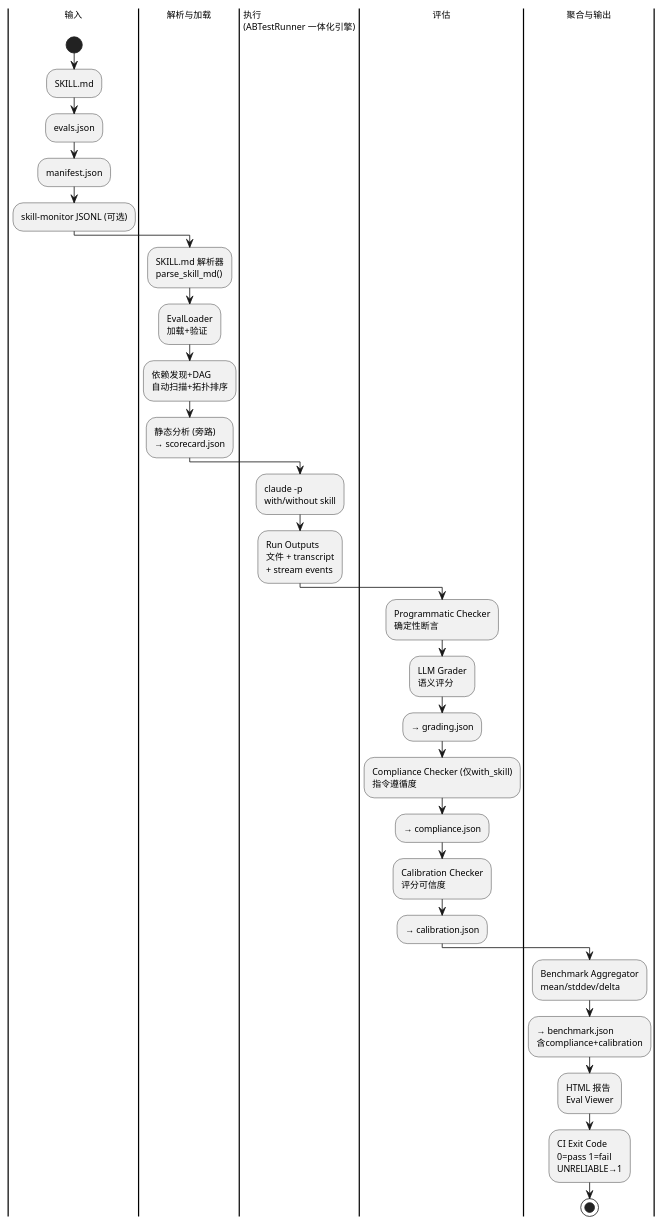
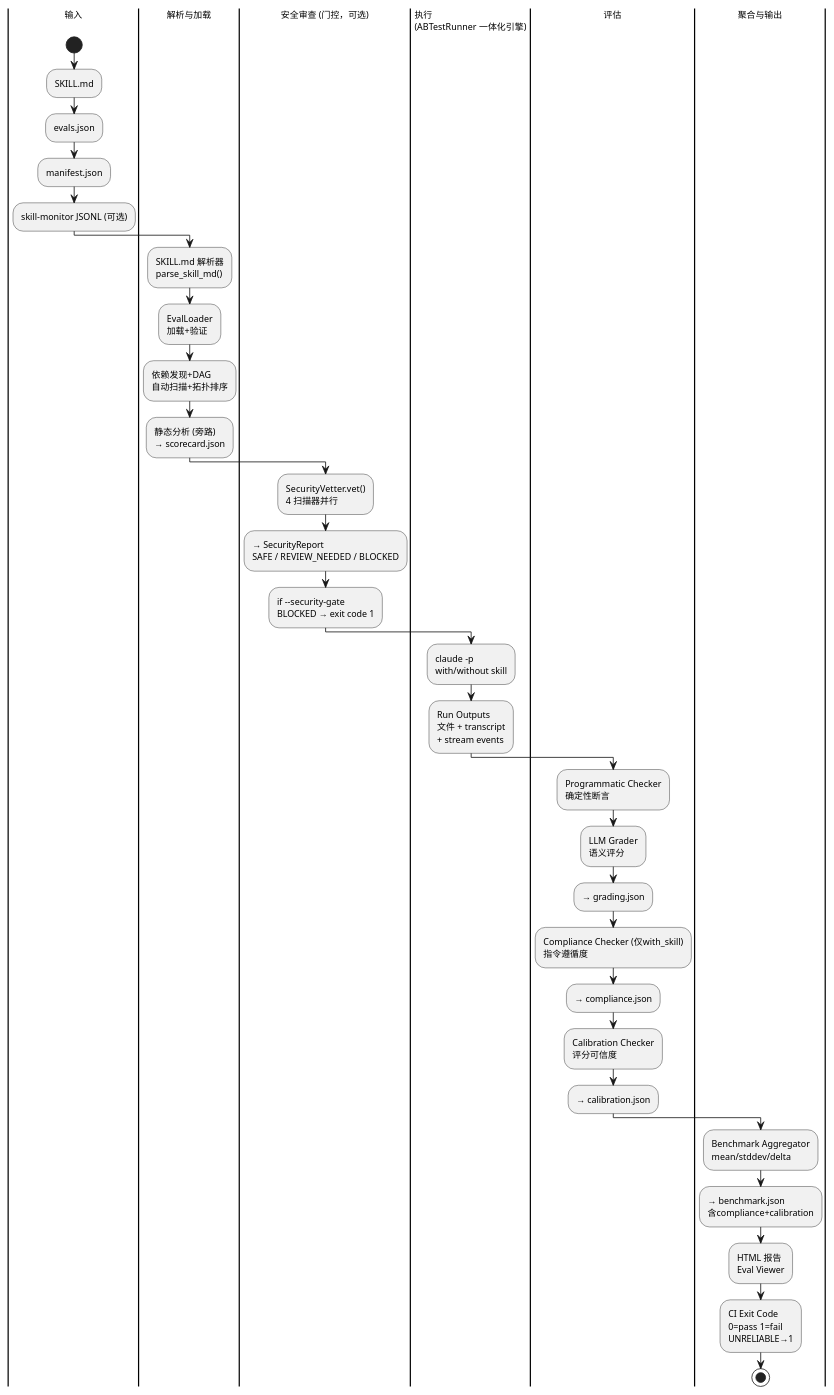
The third of 4 diagrams in docs/skill-eval-arch-design.md (HangDu1995/sift), drawn with PlantUML before and after one commit. The commit also changed other lines of this file and 7 other files, not shown here.

First line of the commit message:
feat: integrate skill-vetter security scanning engine

````diff
--- a/docs/skill-eval-arch-design.md
+++ b/docs/skill-eval-arch-design.md
@@ -520,39 +547,44 @@
 ```plantuml
 @startuml
 skinparam shadowing false
 skinparam defaultFontSize 11
 
 |输入|
 start
 :SKILL.md;
 :evals.json;
 :manifest.json;
 :skill-monitor JSONL (可选);
 
 |解析与加载|
 :SKILL.md 解析器\nparse_skill_md();
 :EvalLoader\n加载+验证;
 :依赖发现+DAG\n自动扫描+拓扑排序;
 :静态分析 (旁路)\n→ scorecard.json;
+
+|安全审查 (门控，可选)|
+:SecurityVetter.vet()\n4 扫描器并行;
+:→ SecurityReport\nSAFE / REVIEW_NEEDED / BLOCKED;
+:if --security-gate\nBLOCKED → exit code 1;
 
 |执行\n(ABTestRunner 一体化引擎)|
 :claude -p\nwith/without skill;
 :Run Outputs\n文件 + transcript\n+ stream events;
 
 |评估|
 :Programmatic Checker\n确定性断言;
 :LLM Grader\n语义评分;
 :→ grading.json;
 :Compliance Checker (仅with_skill)\n指令遵循度;
 :→ compliance.json;
 :Calibration Checker\n评分可信度;
 :→ calibration.json;
 
 |聚合与输出|
 :Benchmark Aggregator\nmean/stddev/delta;
 :→ benchmark.json\n含compliance+calibration;
 :HTML 报告\nEval Viewer;
 :CI Exit Code\n0=pass 1=fail\nUNRELIABLE→1;
 stop
 @enduml
 ```
````
